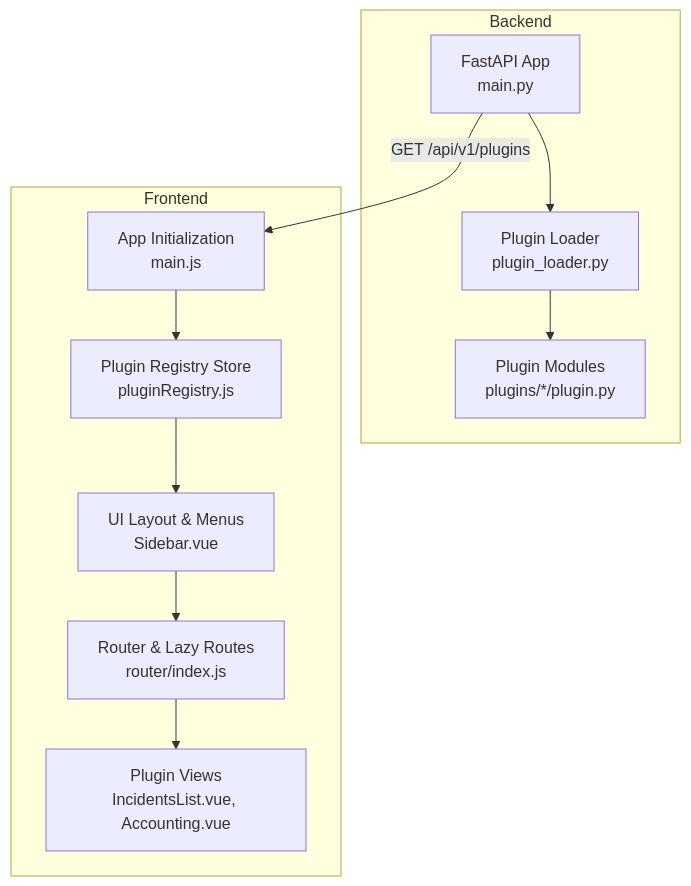
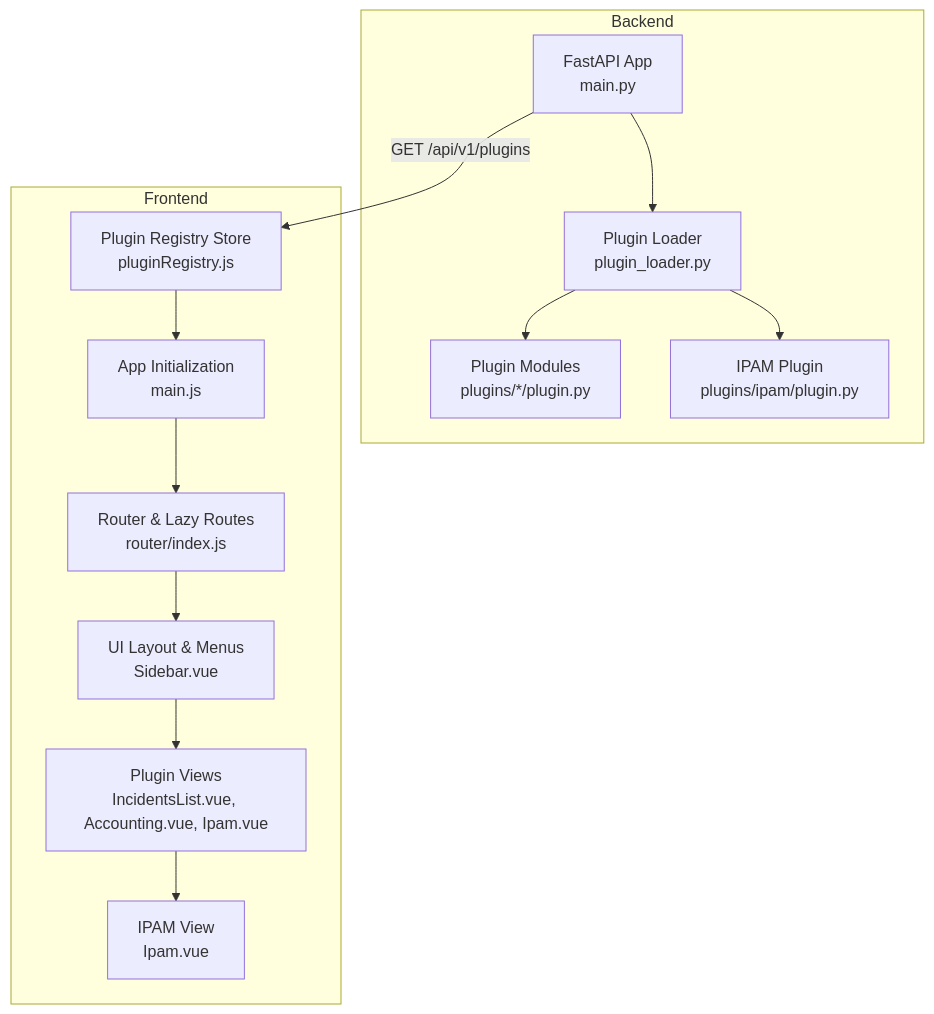
One commit to Nikita5543/New-SSO-02 changed the first of 10 diagrams in .qoder/repowiki/en/content/Plugin System Architecture/Frontend Plugin Integration.md. Above: the diagram before and after it, drawn with Mermaid. The commit also changed other lines of this file and 3 other files, not shown here.

````diff
--- a/.qoder/repowiki/en/content/Plugin System Architecture/Frontend Plugin Integration.md
+++ b/.qoder/repowiki/en/content/Plugin System Architecture/Frontend Plugin Integration.md
@@ -42,22 +54,26 @@
 ```mermaid
 graph TB
 subgraph "Backend"
 A["FastAPI App<br/>main.py"]
 B["Plugin Loader<br/>plugin_loader.py"]
 C["Plugin Modules<br/>plugins/*/plugin.py"]
+D["IPAM Plugin<br/>plugins/ipam/plugin.py"]
 end
 subgraph "Frontend"
-D["Plugin Registry Store<br/>pluginRegistry.js"]
-E["App Initialization<br/>main.js"]
-F["Router & Lazy Routes<br/>router/index.js"]
-G["UI Layout & Menus<br/>Sidebar.vue"]
-H["Plugin Views<br/>IncidentsList.vue, Accounting.vue"]
+E["Plugin Registry Store<br/>pluginRegistry.js"]
+F["App Initialization<br/>main.js"]
+G["Router & Lazy Routes<br/>router/index.js"]
+H["UI Layout & Menus<br/>Sidebar.vue"]
+I["Plugin Views<br/>IncidentsList.vue, Accounting.vue, Ipam.vue"]
+J["IPAM View<br/>Ipam.vue"]
 end
 A --> B
 B --> C
+B --> D
 A --> |"GET /api/v1/plugins"| E
-E --> D
-D --> G
-F --> H
-G --> F
+E --> F
+F --> G
+G --> H
+H --> I
+I --> J
 ```
````
